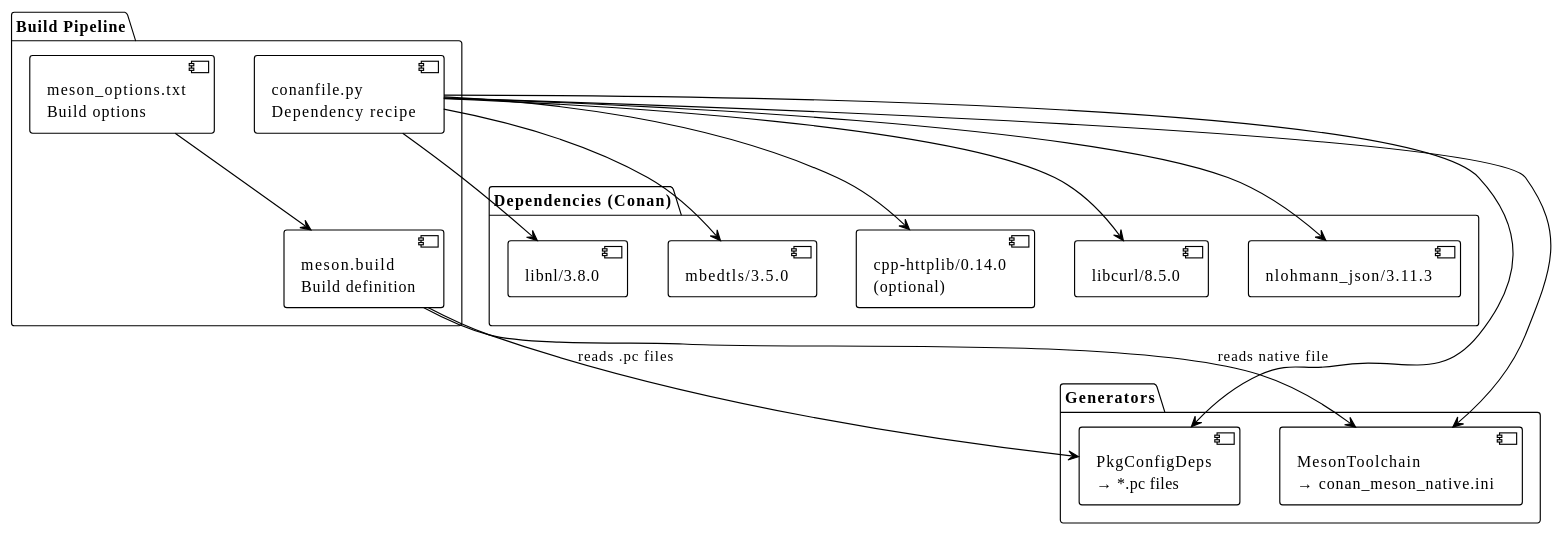
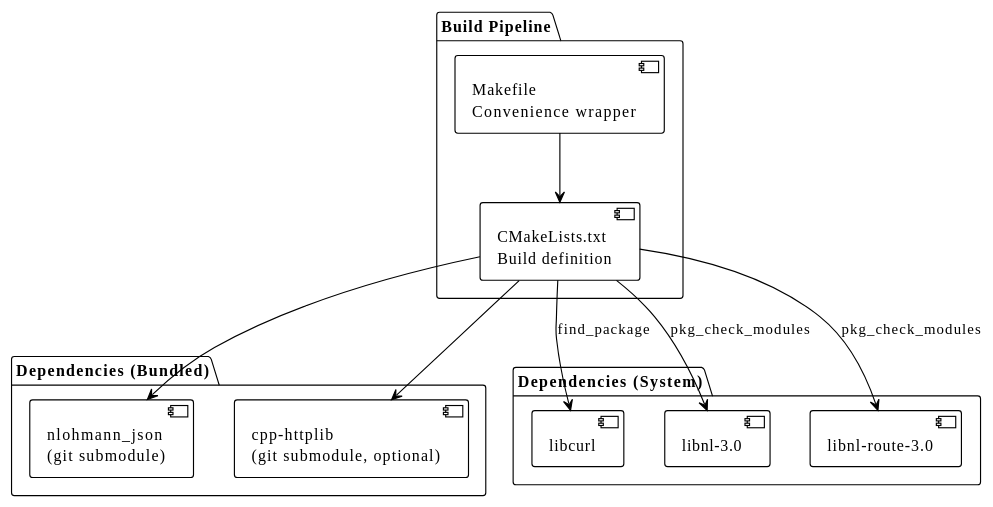
Diagram 13 of 16 in STATE.md (maksimkurb/keen-pbr), drawn with PlantUML before and after one commit. The commit also changed other lines of this file and 5 other files, not shown here.

````diff
--- a/STATE.md
+++ b/STATE.md
@@ -1155,37 +1345,29 @@
 ```plantuml
 @startuml build
 !theme plain
 skinparam backgroundColor white
 
 package "Build Pipeline" {
-  [conanfile.py\nDependency recipe] as conan
-  [meson.build\nBuild definition] as meson
-  [meson_options.txt\nBuild options] as opts
+  [CMakeLists.txt\nBuild definition] as cmake
+  [Makefile\nConvenience wrapper] as makefile
 }
 
-package "Dependencies (Conan)" {
-  [libcurl/8.5.0] as curl
-  [nlohmann_json/3.11.3] as json
-  [libnl/3.8.0] as libnl
-  [mbedtls/3.5.0] as mbedtls
-  [cpp-httplib/0.14.0\n(optional)] as httplib
+package "Dependencies (Bundled)" {
+  [nlohmann_json\n(git submodule)] as json
+  [cpp-httplib\n(git submodule, optional)] as httplib
 }
 
-package "Generators" {
-  [PkgConfigDeps\n→ *.pc files] as pkgconfig
-  [MesonToolchain\n→ conan_meson_native.ini] as toolchain
+package "Dependencies (System)" {
+  [libcurl] as curl
+  [libnl-3.0] as libnl
+  [libnl-route-3.0] as libnlroute
 }
 
-conan --> pkgconfig
-conan --> toolchain
-conan --> curl
-conan --> json
-conan --> libnl
-conan --> mbedtls
-conan --> httplib
-
-meson --> pkgconfig : reads .pc files
-meson --> toolchain : reads native file
-opts --> meson
+cmake --> json
+cmake --> httplib
+cmake --> curl : find_package
+cmake --> libnl : pkg_check_modules
+cmake --> libnlroute : pkg_check_modules
+makefile --> cmake
 @enduml
 ```
````
